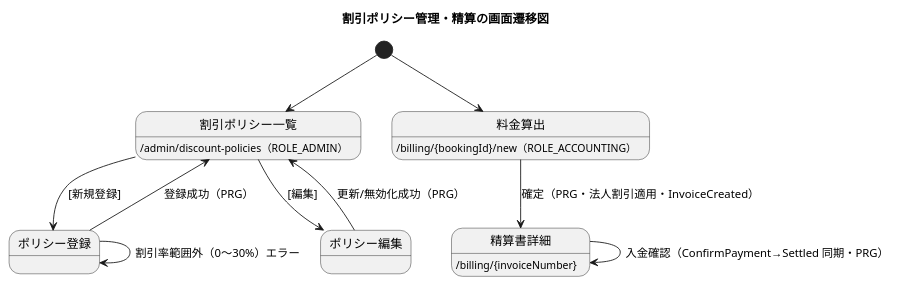
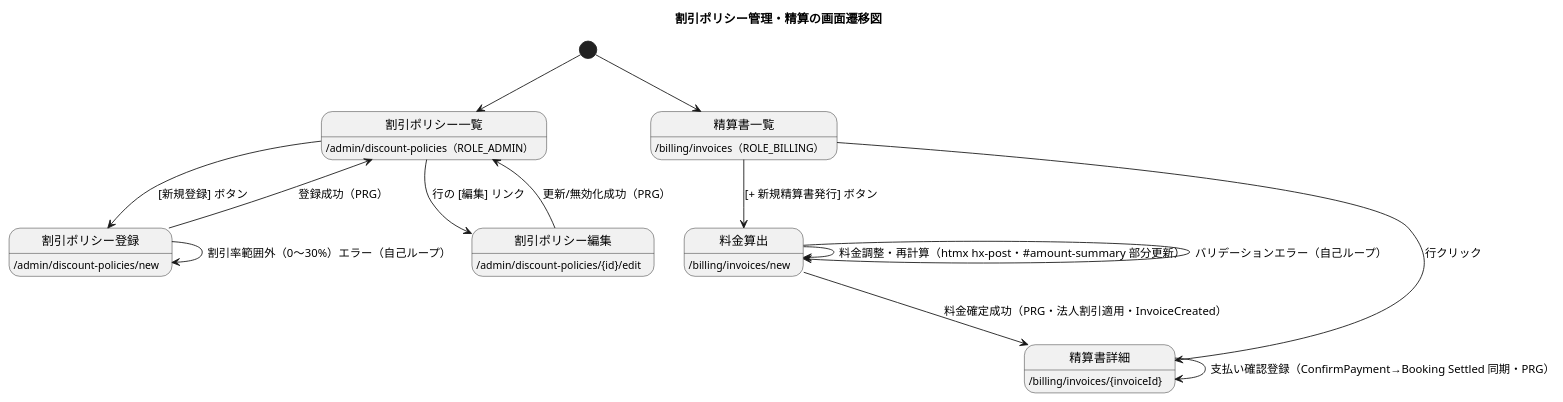
Before and after one commit to k2works/case-study-cargo-tracker: the sixth of 6 diagrams in docs/development/iteration_plan-7.md, drawn with PlantUML. The commit also changed other lines of this file, not shown here.

````diff
--- a/docs/development/iteration_plan-7.md
+++ b/docs/development/iteration_plan-7.md
@@ -348,19 +358,26 @@
 ```plantuml
 @startuml
 title 割引ポリシー管理・精算の画面遷移図
 
 [*] --> 割引ポリシー一覧
 state 割引ポリシー一覧 : /admin/discount-policies（ROLE_ADMIN）
-割引ポリシー一覧 --> ポリシー登録 : [新規登録]
-ポリシー登録 --> 割引ポリシー一覧 : 登録成功（PRG）
-ポリシー登録 --> ポリシー登録 : 割引率範囲外（0〜30%）エラー
-割引ポリシー一覧 --> ポリシー編集 : [編集]
-ポリシー編集 --> 割引ポリシー一覧 : 更新/無効化成功（PRG）
+state 割引ポリシー登録 : /admin/discount-policies/new
+state 割引ポリシー編集 : /admin/discount-policies/{id}/edit
+割引ポリシー一覧 --> 割引ポリシー登録 : [新規登録] ボタン
+割引ポリシー登録 --> 割引ポリシー一覧 : 登録成功（PRG）
+割引ポリシー登録 --> 割引ポリシー登録 : 割引率範囲外（0〜30%）エラー（自己ループ）
+割引ポリシー一覧 --> 割引ポリシー編集 : 行の [編集] リンク
+割引ポリシー編集 --> 割引ポリシー一覧 : 更新/無効化成功（PRG）
 
-[*] --> 料金算出
-state 料金算出 : /billing/{bookingId}/new（ROLE_ACCOUNTING）
-料金算出 --> 精算書詳細 : 確定（PRG・法人割引適用・InvoiceCreated）
-state 精算書詳細 : /billing/{invoiceNumber}
-精算書詳細 --> 精算書詳細 : 入金確認（ConfirmPayment→Settled 同期・PRG）
+[*] --> 精算書一覧
+state 精算書一覧 : /billing/invoices（ROLE_BILLING）
+state 料金算出 : /billing/invoices/new
+state 精算書詳細 : /billing/invoices/{invoiceId}
+精算書一覧 --> 料金算出 : [+ 新規精算書発行] ボタン
+料金算出 --> 料金算出 : 料金調整・再計算（htmx hx-post・#amount-summary 部分更新）
+料金算出 --> 精算書詳細 : 料金確定成功（PRG・法人割引適用・InvoiceCreated）
+料金算出 --> 料金算出 : バリデーションエラー（自己ループ）
+精算書一覧 --> 精算書詳細 : 行クリック
+精算書詳細 --> 精算書詳細 : 支払い確認登録（ConfirmPayment→Booking Settled 同期・PRG）
 @enduml
 ```
````
